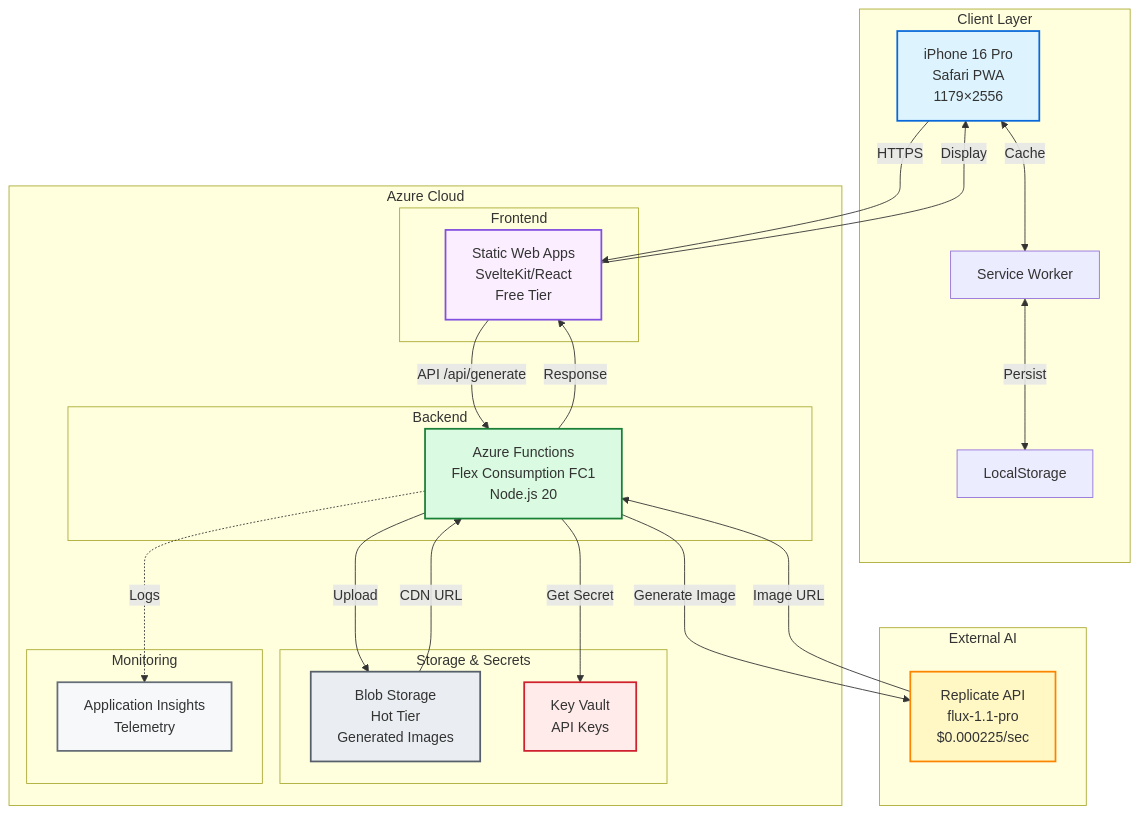
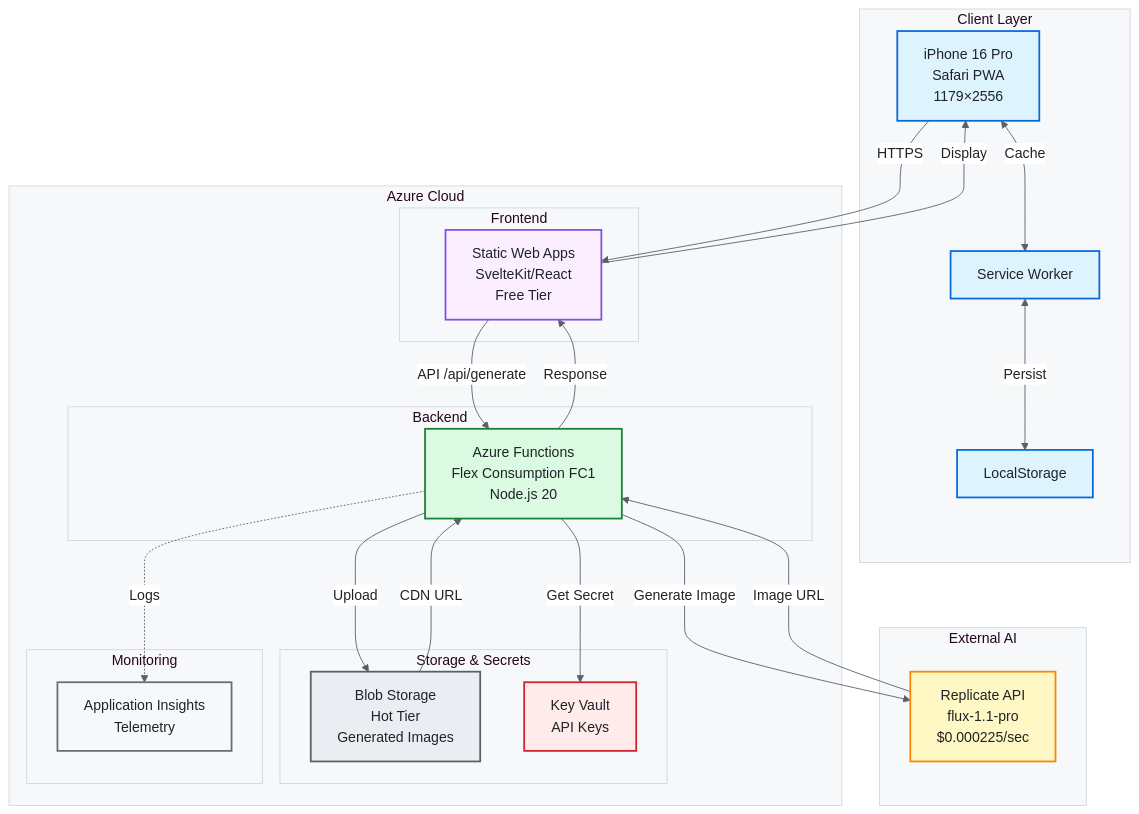
The first of 3 diagrams in README.md (fabioc-aloha/ai-wallpaper-generator), drawn with Mermaid before and after one commit. The commit also changed other lines of this file and 2 other files, not shown here.

Commit message:
Polish Mermaid diagrams with GitHub Primer theme
- Applied consistent GitHub Primer color palette across all diagrams
- Replaced inline style declarations with classDef approach
- Added theme configuration to ensure proper rendering on GitHub
- Updated 6 diagrams: architecture graphs, flowcharts, gantt charts
- Colors: blue (client), purple (frontend), green (backend), yellow (AI), gray (storage), red (secrets)

Better visual consistency and GitHub-native rendering.

````diff
--- a/README.md
+++ b/README.md
@@ -156,52 +156,61 @@
 ```mermaid
+%%{init: {'theme':'base', 'themeVariables': {'primaryColor':'#ddf4ff','primaryTextColor':'#1f2328','primaryBorderColor':'#0969DA','lineColor':'#57606a','secondaryColor':'#fbefff','tertiaryColor':'#dafbe1','background':'#ffffff','mainBkg':'#f6f8fa','secondBkg':'#ffffff','clusterBkg':'#f6f8fa','clusterBorder':'#d0d7de','edgeLabelBackground':'#ffffff','nodeTextColor':'#1f2328'}}}%%
 graph TB
     subgraph "Client Layer"
         A[iPhone 16 Pro<br/>Safari PWA<br/>1179×2556]
         B[Service Worker]
         C[LocalStorage]
     end
 
     subgraph "Azure Cloud"
         subgraph "Frontend"
             D[Static Web Apps<br/>SvelteKit/React<br/>Free Tier]
         end
-        
+
         subgraph "Backend"
             E[Azure Functions<br/>Flex Consumption FC1<br/>Node.js 20]
         end
-        
+
         subgraph "Storage & Secrets"
             F[Blob Storage<br/>Hot Tier<br/>Generated Images]
             G[Key Vault<br/>API Keys]
         end
-        
+
         subgraph "Monitoring"
             H[Application Insights<br/>Telemetry]
         end
     end
-    
+
     subgraph "External AI"
         I[Replicate API<br/>flux-1.1-pro<br/>$0.000225/sec]
     end
 
     A -->|HTTPS| D
     A <-->|Cache| B
     B <-->|Persist| C
     D -->|API /api/generate| E
     E -->|Get Secret| G
     E -->|Generate Image| I
     I -->|Image URL| E
     E -->|Upload| F
     F -->|CDN URL| E
     E -->|Response| D
     D -->|Display| A
     E -.->|Logs| H
 
-    style A fill:#ddf4ff,stroke:#0969DA,stroke-width:2px
-    style D fill:#fbefff,stroke:#8250df,stroke-width:2px
-    style E fill:#dafbe1,stroke:#1a7f37,stroke-width:2px
-    style I fill:#fff8c5,stroke:#fb8500,stroke-width:2px
-    style F fill:#eaeef2,stroke:#57606a,stroke-width:2px
-    style G fill:#ffebe9,stroke:#cf222e,stroke-width:2px
-    style H fill:#f6f8fa,stroke:#656d76,stroke-width:2px
+    classDef clientStyle fill:#ddf4ff,stroke:#0969DA,stroke-width:2px,color:#1f2328
+    classDef frontendStyle fill:#fbefff,stroke:#8250df,stroke-width:2px,color:#1f2328
+    classDef backendStyle fill:#dafbe1,stroke:#1a7f37,stroke-width:2px,color:#1f2328
+    classDef aiStyle fill:#fff8c5,stroke:#fb8500,stroke-width:2px,color:#1f2328
+    classDef storageStyle fill:#eaeef2,stroke:#57606a,stroke-width:2px,color:#1f2328
+    classDef secretStyle fill:#ffebe9,stroke:#cf222e,stroke-width:2px,color:#1f2328
+    classDef monitorStyle fill:#f6f8fa,stroke:#656d76,stroke-width:2px,color:#1f2328
+
+    class A,B,C clientStyle
+    class D frontendStyle
+    class E backendStyle
+    class I aiStyle
+    class F,J storageStyle
+    class G secretStyle
+    class H monitorStyle
 ```
````
